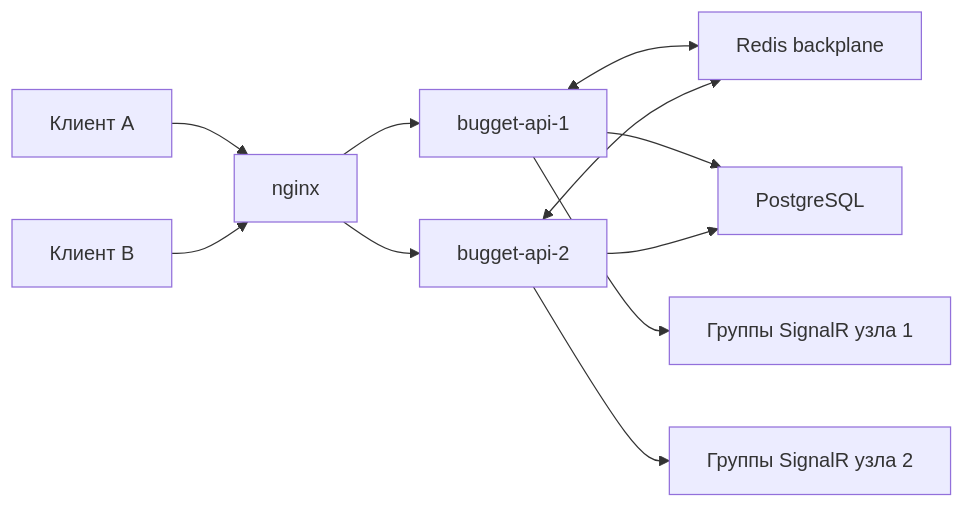
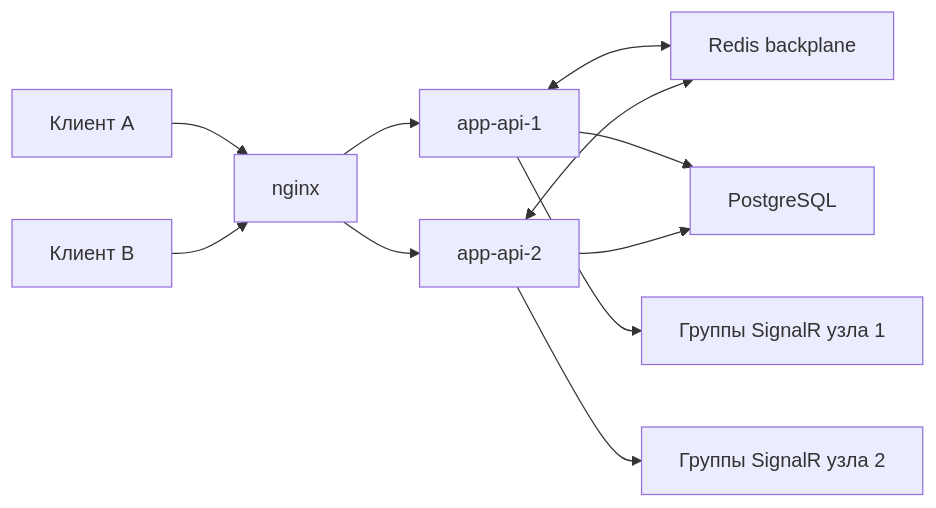
Before and after one commit to gently-whitesnow/final-qualifying-work: the second of 3 diagrams in materials/vkr-draft-content.md, drawn with Mermaid. The commit also changed other lines of this file and 42 other files, not shown here.

Commit message:
Update DOCX generation with new figures and refine draft content for final qualifying work, including enhancements to architecture descriptions and real-time interface details.

````diff
--- a/materials/vkr-draft-content.md
+++ b/materials/vkr-draft-content.md
@@ -155,13 +159,13 @@
 ```mermaid
 flowchart LR
     C1["Клиент A"] --> N["nginx"]
     C2["Клиент B"] --> N
-    N --> A1["bugget-api-1"]
-    N --> A2["bugget-api-2"]
+    N --> A1["app-api-1"]
+    N --> A2["app-api-2"]
     A1 <--> R["Redis backplane"]
     A2 <--> R
     A1 --> DB["PostgreSQL"]
     A2 --> DB
     A1 --> G1["Группы SignalR узла 1"]
     A2 --> G2["Группы SignalR узла 2"]
 ```
````
